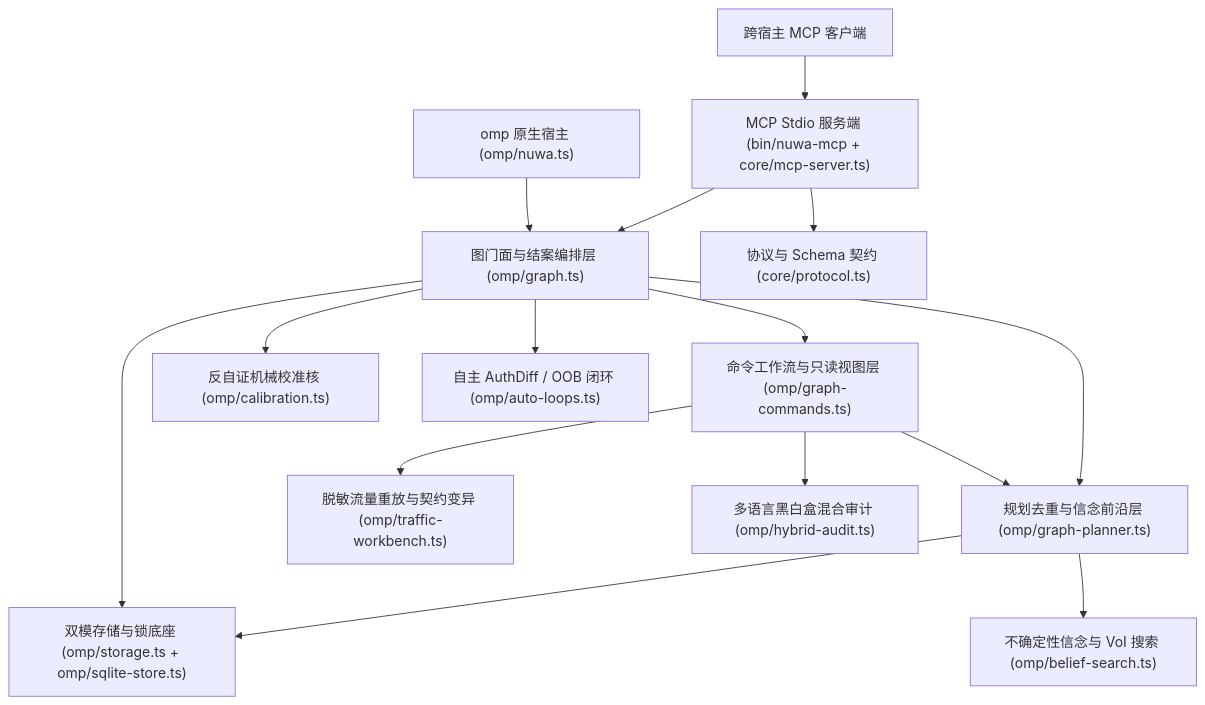
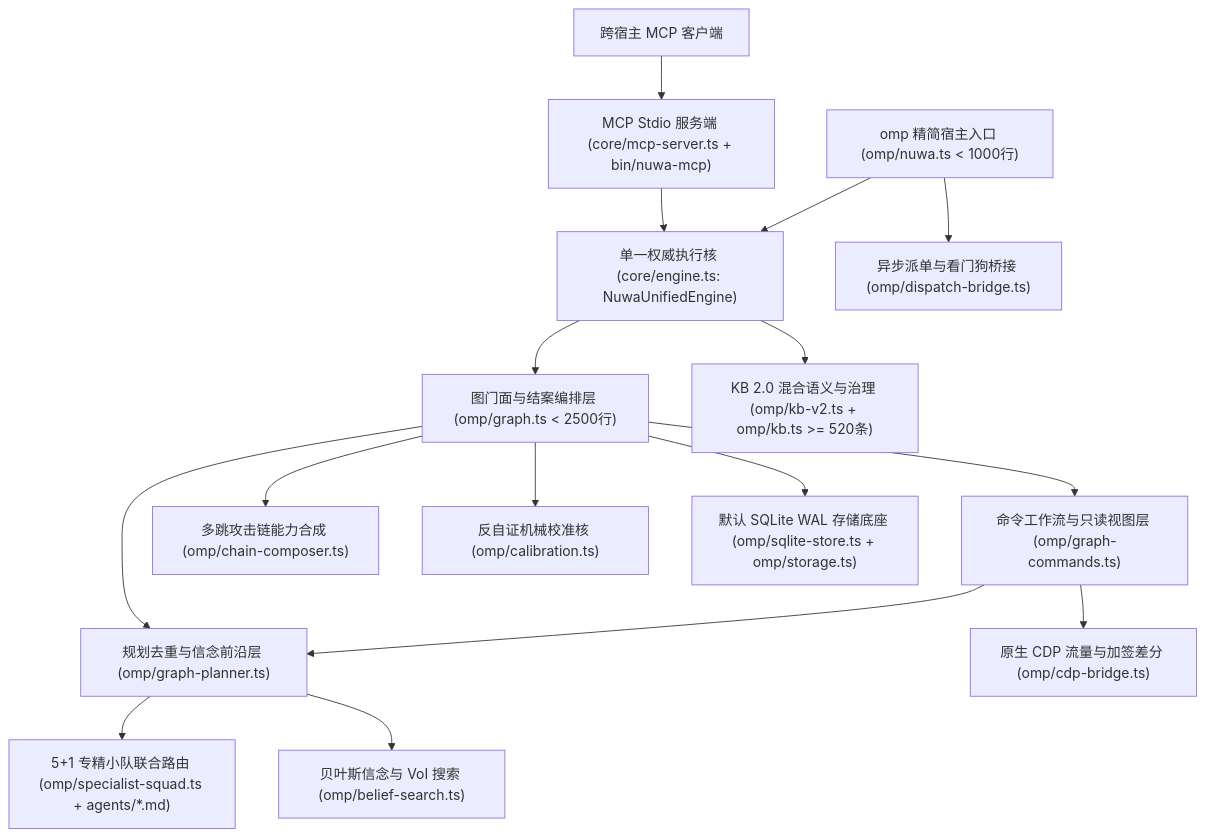
One commit to 86cloudyun-afk/pi-nuwa changed the diagram in docs/ARCHITECTURE.md. Above: the diagram before and after it, drawn with Mermaid. The commit also changed other lines of this file and 35 other files, not shown here.

````diff
--- a/docs/ARCHITECTURE.md
+++ b/docs/ARCHITECTURE.md
@@ -7,19 +7,20 @@
 ```mermaid
 flowchart TD
-    HostOMP["omp 原生宿主 (omp/nuwa.ts)"] --> GraphFacade["图门面与结案编排层 (omp/graph.ts)"]
-    HostMCP["跨宿主 MCP 客户端"] --> MCPServer["MCP Stdio 服务端 (bin/nuwa-mcp + core/mcp-server.ts)"]
-    MCPServer --> CoreProto["协议与 Schema 契约 (core/protocol.ts)"]
-    MCPServer --> GraphFacade
+    HostOMP["omp 精简宿主入口 (omp/nuwa.ts < 1000行)"] --> UnifiedEngine["单一权威执行核 (core/engine.ts: NuwaUnifiedEngine)"]
+    HostOMP --> DispatchBridge["异步派单与看门狗桥接 (omp/dispatch-bridge.ts)"]
+    HostMCP["跨宿主 MCP 客户端"] --> MCPServer["MCP Stdio 服务端 (core/mcp-server.ts + bin/nuwa-mcp)"]
+    MCPServer --> UnifiedEngine
 
+    UnifiedEngine --> GraphFacade["图门面与结案编排层 (omp/graph.ts < 2500行)"]
     GraphFacade --> GraphCmd["命令工作流与只读视图层 (omp/graph-commands.ts)"]
     GraphCmd --> GraphPlan["规划去重与信念前沿层 (omp/graph-planner.ts)"]
     GraphFacade --> GraphPlan
 
-    GraphPlan --> Belief["不确定性信念与 VoI 搜索 (omp/belief-search.ts)"]
+    GraphPlan --> Squad["5+1 专精小队联合路由 (omp/specialist-squad.ts + agents/*.md)"]
+    UnifiedEngine --> KBv2["KB 2.0 混合语义与治理 (omp/kb-v2.ts + omp/kb.ts >= 520条)"]
+    GraphFacade --> Chains["多跳攻击链能力合成 (omp/chain-composer.ts)"]
+    GraphCmd --> CDP["原生 CDP 流量与加签差分 (omp/cdp-bridge.ts)"]
+    GraphPlan --> Belief["贝叶斯信念与 VoI 搜索 (omp/belief-search.ts)"]
     GraphFacade --> Calib["反自证机械校准核 (omp/calibration.ts)"]
-    GraphFacade --> AutoLoops["自主 AuthDiff / OOB 闭环 (omp/auto-loops.ts)"]
-    GraphCmd --> Traffic["脱敏流量重放与契约变异 (omp/traffic-workbench.ts)"]
-    GraphCmd --> Hybrid["多语言黑白盒混合审计 (omp/hybrid-audit.ts)"]
-    GraphFacade --> Storage["双模存储与锁底座 (omp/storage.ts + omp/sqlite-store.ts)"]
-    GraphPlan --> Storage
+    GraphFacade --> Storage["默认 SQLite WAL 存储底座 (omp/sqlite-store.ts + omp/storage.ts)"]
 ```
````
